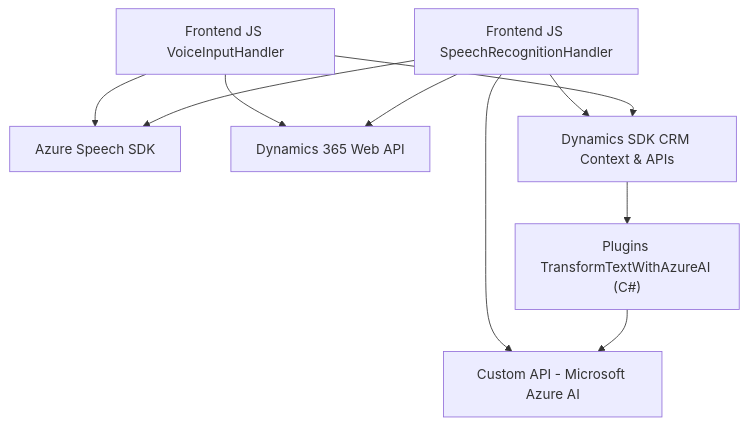
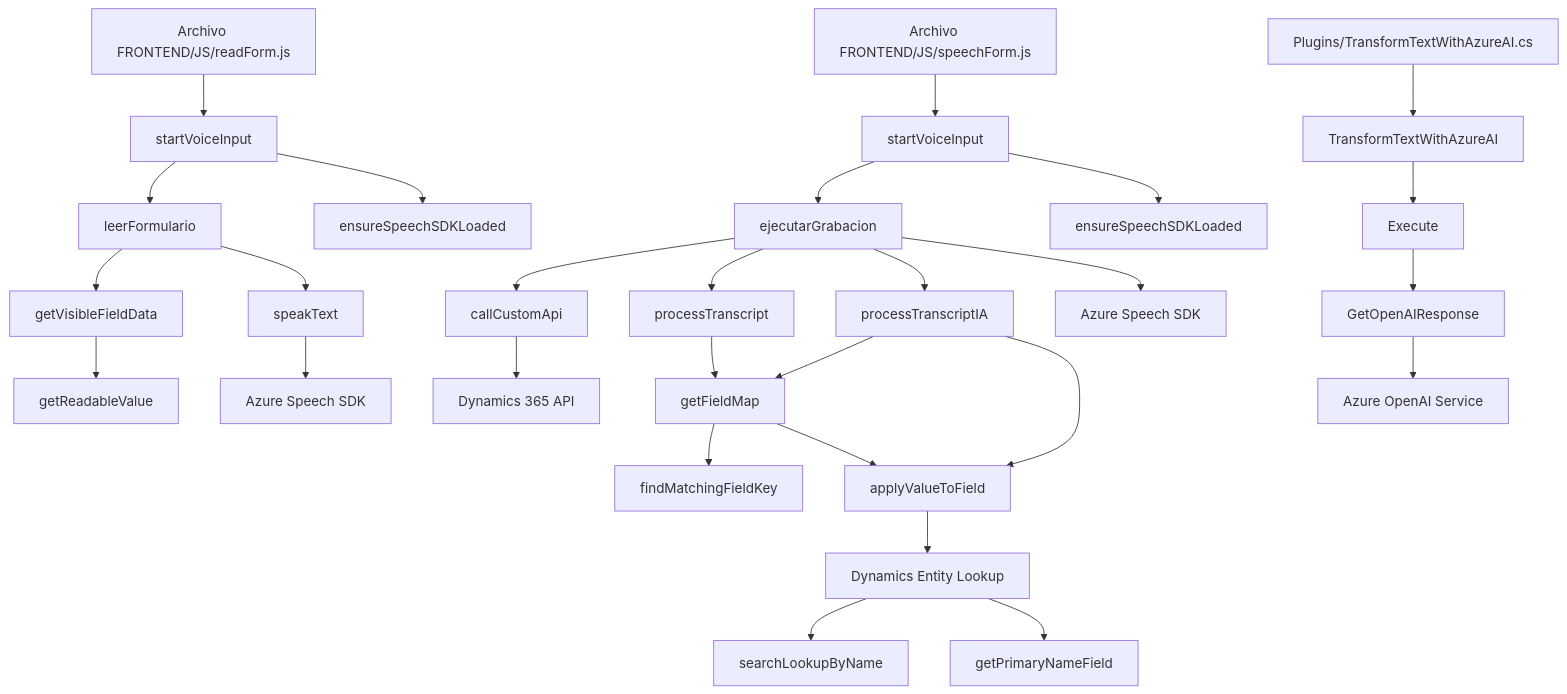
Before and after one commit to blopezdm/NETCORE_BILBAO2025: the diagram in README.md, drawn with Mermaid. The commit also changed other lines of this file, not shown here.

````diff
--- a/README.md
+++ b/README.md
@@ -28,12 +63,32 @@
 ```mermaid
 graph TD
-    A["Frontend JS VoiceInputHandler"] --> B["Azure Speech SDK"]
-    A --> C["Dynamics 365 Web API"]
-    D["Frontend JS SpeechRecognitionHandler"] --> C
-    D --> B
-    D --> E["Custom API - Microsoft Azure AI"]
-    F["Plugins TransformTextWithAzureAI (C#)"] --> E
-    G["Dynamics SDK CRM Context & APIs"] --> F
-    D --> G
-    A --> G
+    A["Archivo FRONTEND/JS/readForm.js"] --> B["startVoiceInput"]
+    B --> C["leerFormulario"]
+    C --> D["getVisibleFieldData"]
+    D --> E["getReadableValue"]
+    C --> F["speakText"]
+    B --> G["ensureSpeechSDKLoaded"]
+    F --> H["Azure Speech SDK"]
+
+    I["Archivo FRONTEND/JS/speechForm.js"] --> J["startVoiceInput"]
+    J --> K["ejecutarGrabacion"]
+    K --> L["callCustomApi"]
+    L --> M["Dynamics 365 API"]
+    K --> N["processTranscript"]
+    K --> O["processTranscriptIA"]
+    N --> P["getFieldMap"]
+    O --> P
+    P --> Q["findMatchingFieldKey"]
+    P --> R["applyValueToField"]
+    O --> R
+    R --> S["Dynamics Entity Lookup"]
+    S --> T["searchLookupByName"]
+    S --> U["getPrimaryNameField"]
+    J --> V["ensureSpeechSDKLoaded"]
+    K --> W["Azure Speech SDK"]
+
+    X["Plugins/TransformTextWithAzureAI.cs"] --> Y["TransformTextWithAzureAI"]
+    Y --> Z["Execute"]
+    Z --> AA["GetOpenAIResponse"]
+    AA --> AB["Azure OpenAI Service"]
 ```
````
